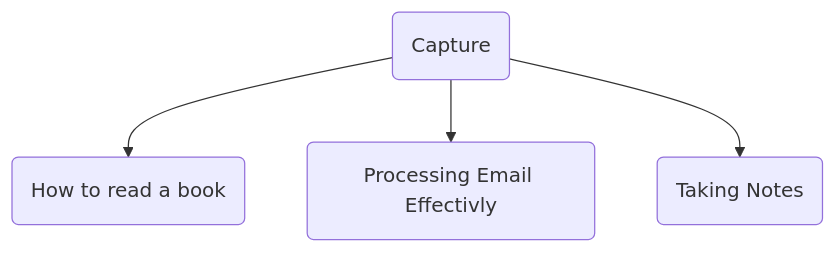
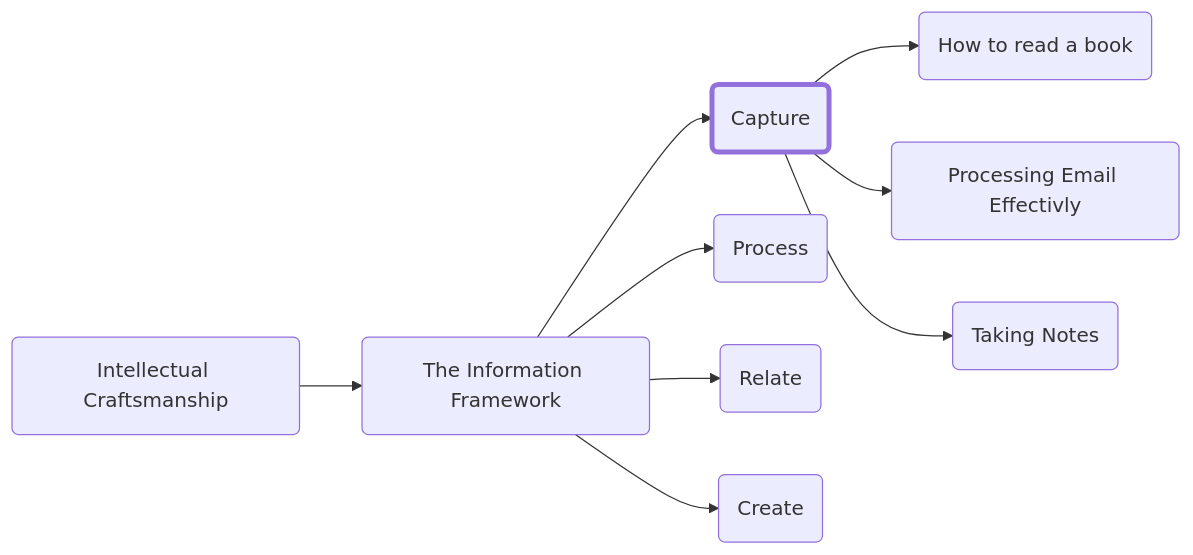
One commit to forrestpitz/forrestpitz.github.io changed the diagram in _posts/2023-01-05-capture.md. Above: the diagram before and after it, drawn with Mermaid. The commit also changed other lines of this file and 20 other files, not shown here.

````diff
--- a/_posts/2023-01-05-capture.md
+++ b/_posts/2023-01-05-capture.md
@@ -46,10 +34,22 @@
 ```mermaid
-graph TD;
-  A(Capture)-->B(How to read a book)
-  A-->C(Processing Email Effectivly)
-  A-->D(Taking Notes)
+graph LR;
+  A(Intellectual Craftsmanship)-->B(The Information Framework)
+  B-->C(Capture)
+  C-->D(How to read a book)
+  C-->E(Processing Email Effectivly)
+  C-->F(Taking Notes)
+  B-->G(Process)
+  B-->H(Relate)
+  B-->I(Create)
 
-  click B "{% post_url 2023-01-05-readabook %}"
-  click C "{% post_url 2023-01-05-email %}"
-  click D "{% post_url 2023-01-05-notetaking %}"
+  style C stroke-width:4px
+
+  click A "{% post_url 2023-01-05-intro %}"
+  click B "{% post_url 2023-01-05-info-framework %}"
+  click D "{% post_url 2023-01-05-readabook %}"
+  click E "{% post_url 2023-01-05-email %}"
+  click F "{% post_url 2023-01-05-notetaking %}"
+  click G "{% post_url 2023-01-05-process %}"
+  click H "{% post_url 2023-01-05-relate %}"
+  click I "{% post_url 2023-01-05-create %}"
 ```
````
